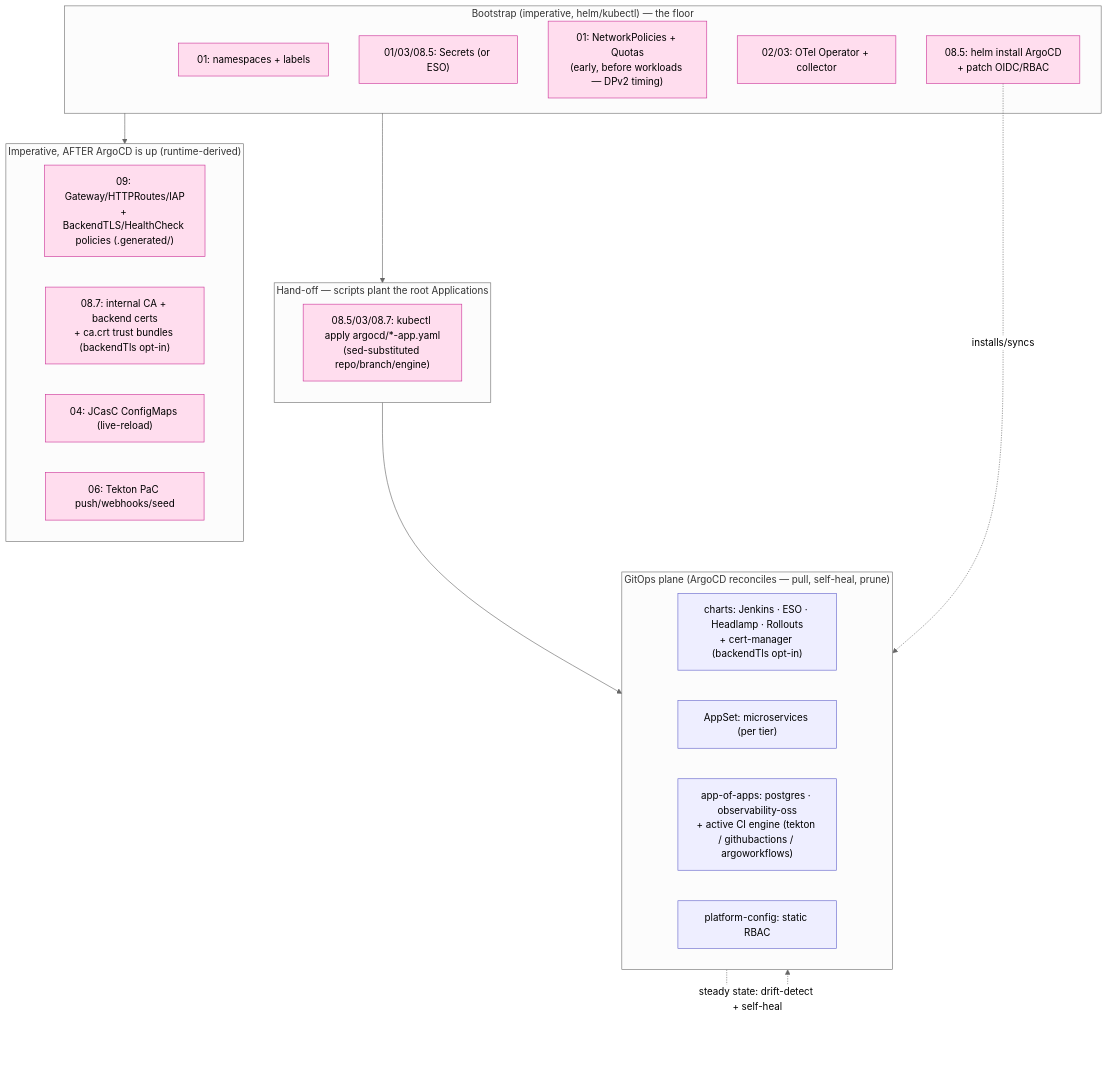
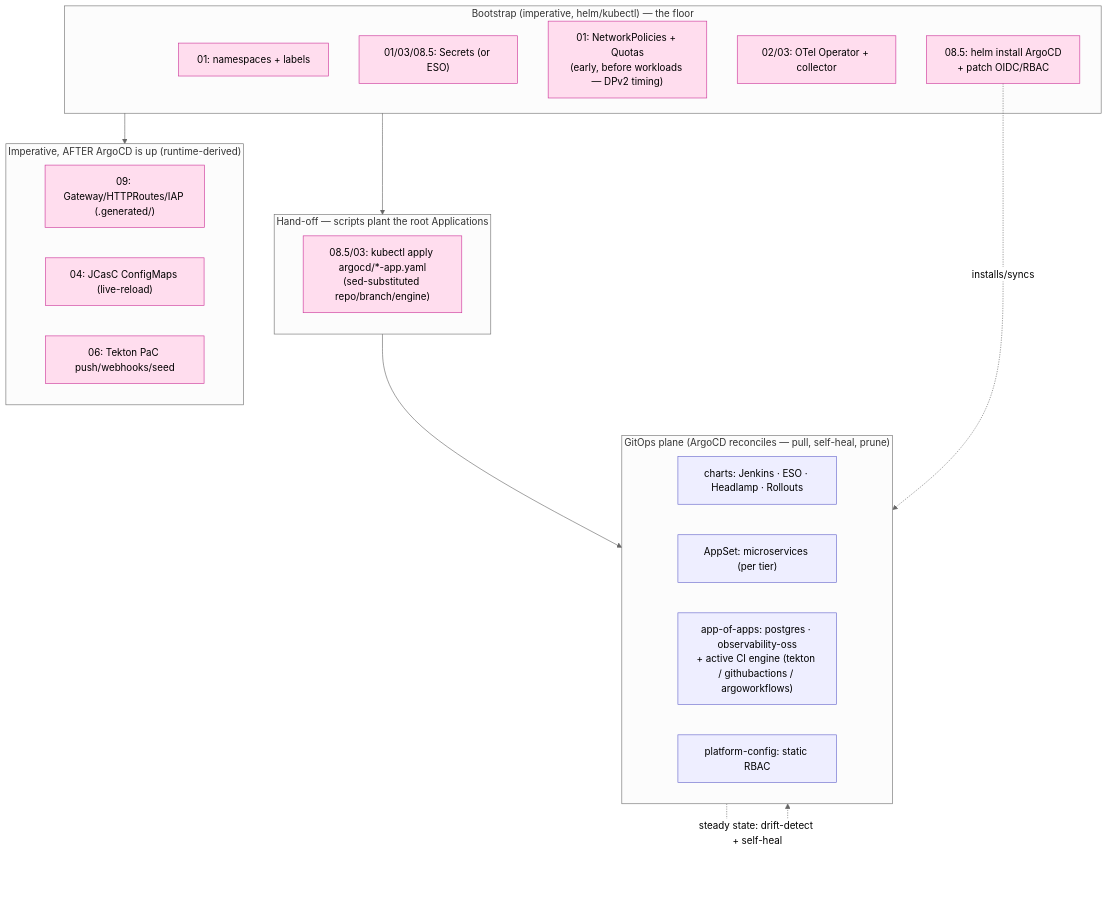
The sixth of 11 diagrams in docs/201-ARCHITECTURE.md (nubenetes/jenkins-2026), drawn with Mermaid (neutral theme) before and after one commit. The commit also changed other lines of this file and 48 other files, not shown here.

````diff
--- a/docs/201-ARCHITECTURE.md
+++ b/docs/201-ARCHITECTURE.md
@@ -594,35 +596,34 @@
 ```mermaid
 flowchart TD
     subgraph BOOT["Bootstrap (imperative, helm/kubectl) — the floor"]
         NS["01: namespaces + labels"]
         SEC["01/03/08.5: Secrets (or ESO)"]
         NP["01: NetworkPolicies + Quotas<br/>(early, before workloads — DPv2 timing)"]
         OP["02/03: OTel Operator + collector"]
         ARGO["08.5: helm install ArgoCD<br/>+ patch OIDC/RBAC"]
     end
     subgraph PLANT["Hand-off — scripts plant the root Applications"]
-        APPS["08.5/03/08.7: kubectl apply argocd/*-app.yaml<br/>(sed-substituted repo/branch/engine)"]
+        APPS["08.5/03: kubectl apply argocd/*-app.yaml<br/>(sed-substituted repo/branch/engine)"]
     end
     subgraph PULL["GitOps plane (ArgoCD reconciles — pull, self-heal, prune)"]
-        CHARTS["charts: Jenkins · ESO · Headlamp · Rollouts<br/>+ cert-manager (backendTls opt-in)"]
+        CHARTS["charts: Jenkins · ESO · Headlamp · Rollouts"]
         FLEET["AppSet: microservices (per tier)"]
         AOA["app-of-apps: postgres · observability-oss<br/>+ active CI engine (tekton / githubactions / argoworkflows)"]
         PCFG["platform-config: static RBAC"]
     end
     subgraph RUNTIME["Imperative, AFTER ArgoCD is up (runtime-derived)"]
-        GW["09: Gateway/HTTPRoutes/IAP<br/>+ BackendTLS/HealthCheck policies (.generated/)"]
-        BTLS["08.7: internal CA + backend certs<br/>+ ca.crt trust bundles (backendTls opt-in)"]
+        GW["09: Gateway/HTTPRoutes/IAP (.generated/)"]
         JCASC["04: JCasC ConfigMaps (live-reload)"]
         SIDE["06: Tekton PaC push/webhooks/seed"]
     end
 
     BOOT --> PLANT --> PULL
     ARGO -.->|"installs/syncs"| PULL
     BOOT --> RUNTIME
     PULL -.->|"steady state: drift-detect + self-heal"| PULL
 
     classDef imp fill:#fde,stroke:#c39;
     classDef git fill:#eef,stroke:#66c;
-    class NS,SEC,NP,OP,ARGO,APPS,GW,BTLS,JCASC,SIDE imp;
+    class NS,SEC,NP,OP,ARGO,APPS,GW,JCASC,SIDE imp;
     class CHARTS,FLEET,AOA,PCFG git;
 ```
````
